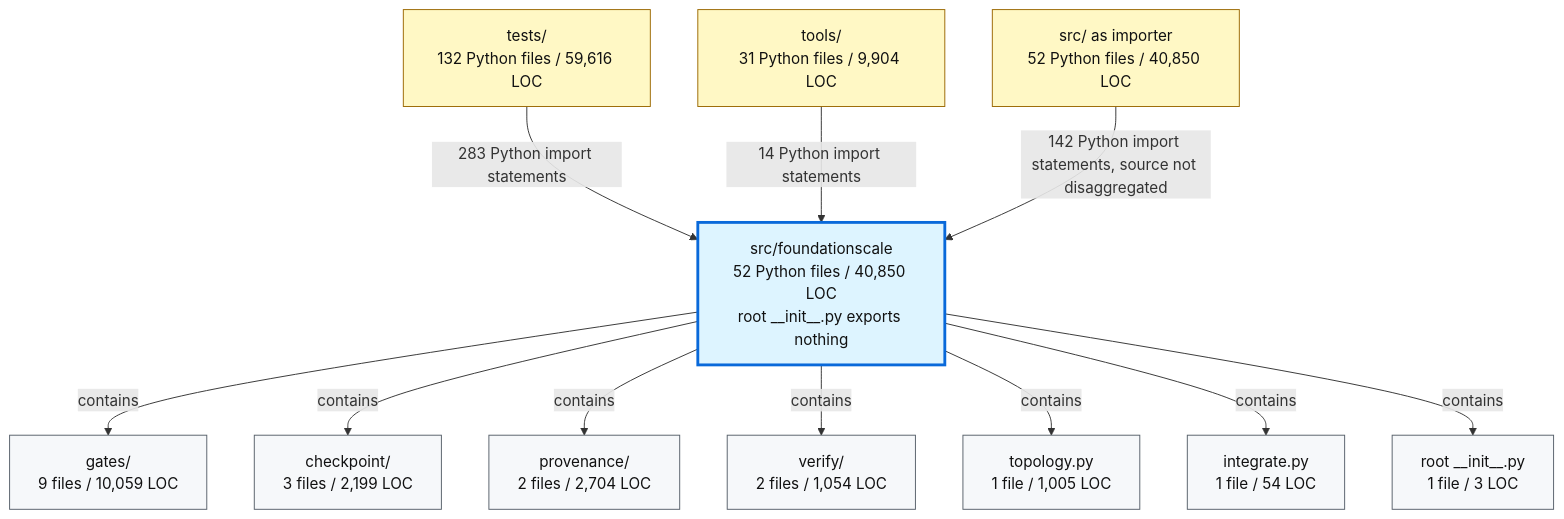
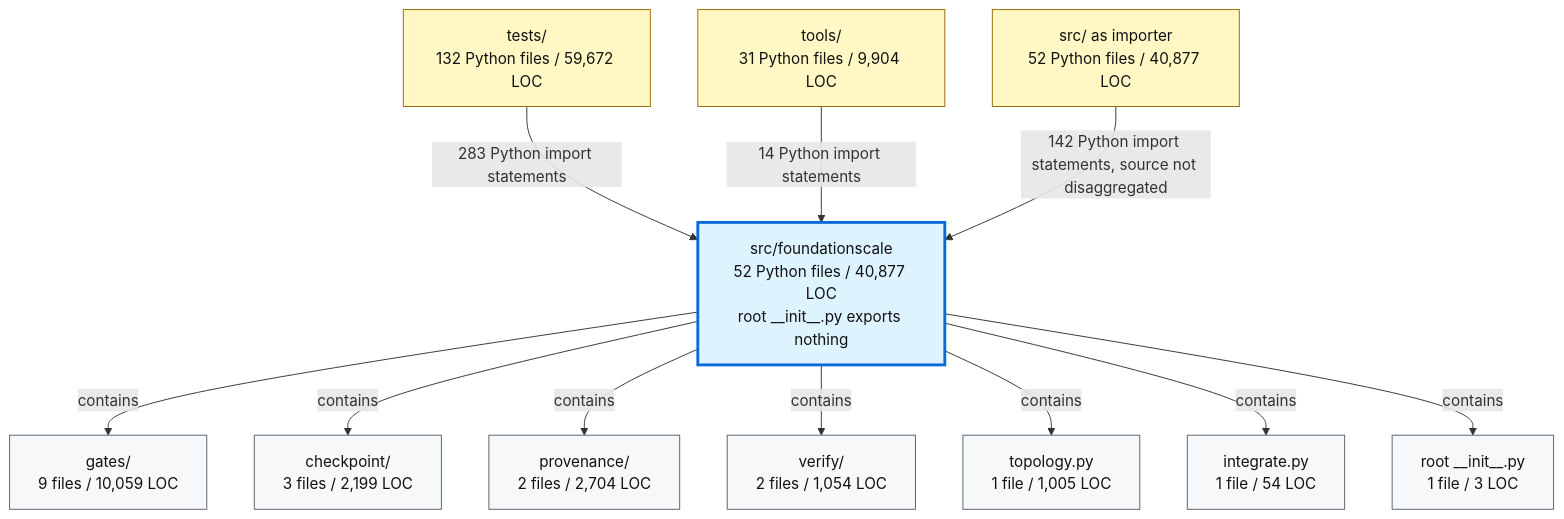
The second of 2 diagrams in docs/review/D2_current_architecture.md (TranNhiem/FoundationScale), drawn with Mermaid before and after one commit. The commit also changed other lines of this file and 11 other files, not shown here.

````diff
--- a/docs/review/D2_current_architecture.md
+++ b/docs/review/D2_current_architecture.md
@@ -97,36 +97,36 @@
 ```mermaid
 flowchart TB
-  TESTS["tests/<br/>132 Python files / 59,616 LOC"]
+  TESTS["tests/<br/>132 Python files / 59,672 LOC"]
   TOOLS["tools/<br/>31 Python files / 9,904 LOC"]
-  SRC["src/ as importer<br/>52 Python files / 40,850 LOC"]
+  SRC["src/ as importer<br/>52 Python files / 40,877 LOC"]
 
-  FS["src/foundationscale<br/>52 Python files / 40,850 LOC<br/>root __init__.py exports nothing"]
+  FS["src/foundationscale<br/>52 Python files / 40,877 LOC<br/>root __init__.py exports nothing"]
 
   GATES["gates/<br/>9 files / 10,059 LOC"]
   CKPT["checkpoint/<br/>3 files / 2,199 LOC"]
   PROV["provenance/<br/>2 files / 2,704 LOC"]
   VERIFY["verify/<br/>2 files / 1,054 LOC"]
   TOPO["topology.py<br/>1 file / 1,005 LOC"]
   INTEG["integrate.py<br/>1 file / 54 LOC"]
   ROOT["root __init__.py<br/>1 file / 3 LOC"]
 
   TESTS -->|"283 Python import statements"| FS
   TOOLS -->|"14 Python import statements"| FS
   SRC -->|"142 Python import statements, source not disaggregated"| FS
 
   FS -->|"contains"| GATES
   FS -->|"contains"| CKPT
   FS -->|"contains"| PROV
   FS -->|"contains"| VERIFY
   FS -->|"contains"| TOPO
   FS -->|"contains"| INTEG
   FS -->|"contains"| ROOT
 
   classDef consumer fill:#fff8c5,stroke:#9a6700,color:#111;
   classDef package fill:#ddf4ff,stroke:#0969da,stroke-width:3px,color:#111;
   classDef module fill:#f6f8fa,stroke:#57606a,color:#111;
 
   class TESTS,TOOLS,SRC consumer;
   class FS package;
   class GATES,CKPT,PROV,VERIFY,TOPO,INTEG,ROOT module;
 ```
````
